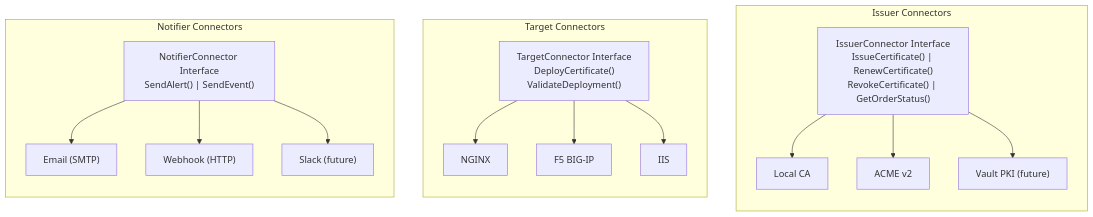
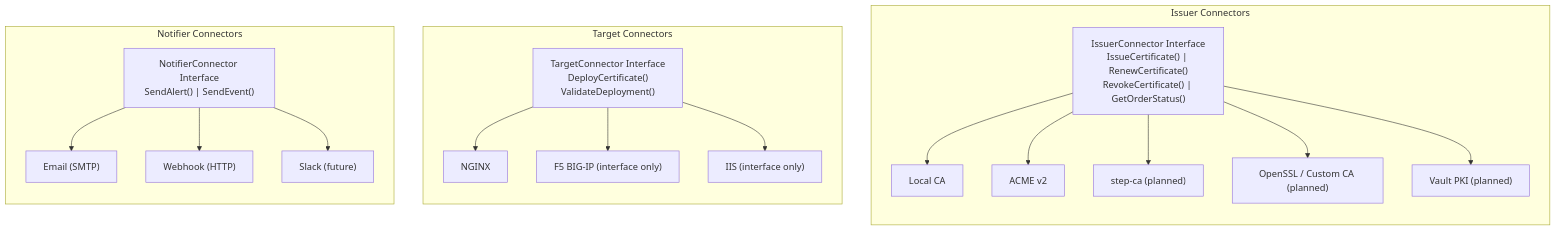
The seventh of 11 diagrams in docs/architecture.md (certctl-io/certctl), drawn with Mermaid before and after one commit. The commit also changed other lines of this file and 3 other files, not shown here.

First line of the commit message:
docs: add step-ca and OpenSSL CA to V2 roadmap, fix F5/IIS status

````diff
--- a/docs/architecture.md
+++ b/docs/architecture.md
@@ -341,26 +343,28 @@
 ```mermaid
 flowchart TB
     subgraph "Issuer Connectors"
         direction TB
         II["IssuerConnector Interface\nIssueCertificate() | RenewCertificate()\nRevokeCertificate() | GetOrderStatus()"]
         II --> LC["Local CA"]
         II --> ACME["ACME v2"]
-        II --> VP["Vault PKI (future)"]
+        II --> SC["step-ca (planned)"]
+        II --> OC["OpenSSL / Custom CA (planned)"]
+        II --> VP["Vault PKI (planned)"]
     end
 
     subgraph "Target Connectors"
         direction TB
         TI["TargetConnector Interface\nDeployCertificate()\nValidateDeployment()"]
         TI --> NG["NGINX"]
-        TI --> F5["F5 BIG-IP"]
-        TI --> IIS["IIS"]
+        TI --> F5["F5 BIG-IP (interface only)"]
+        TI --> IIS["IIS (interface only)"]
     end
 
     subgraph "Notifier Connectors"
         direction TB
         NI["NotifierConnector Interface\nSendAlert() | SendEvent()"]
         NI --> EM["Email (SMTP)"]
         NI --> WH["Webhook (HTTP)"]
         NI --> SL["Slack (future)"]
     end
 ```
````
